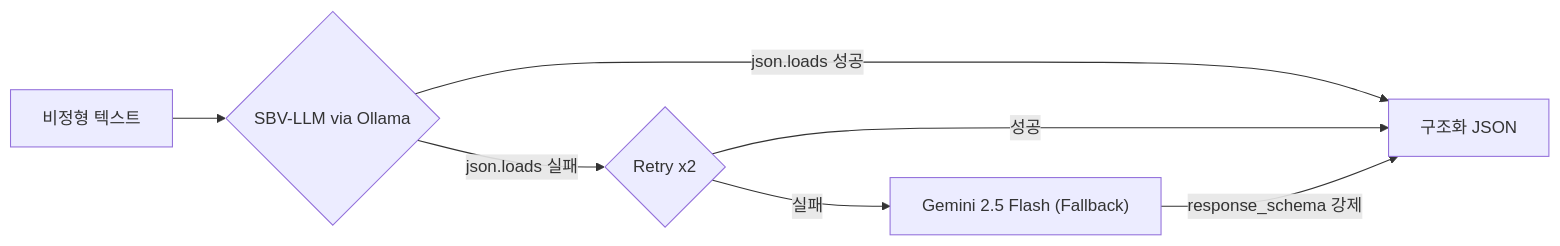
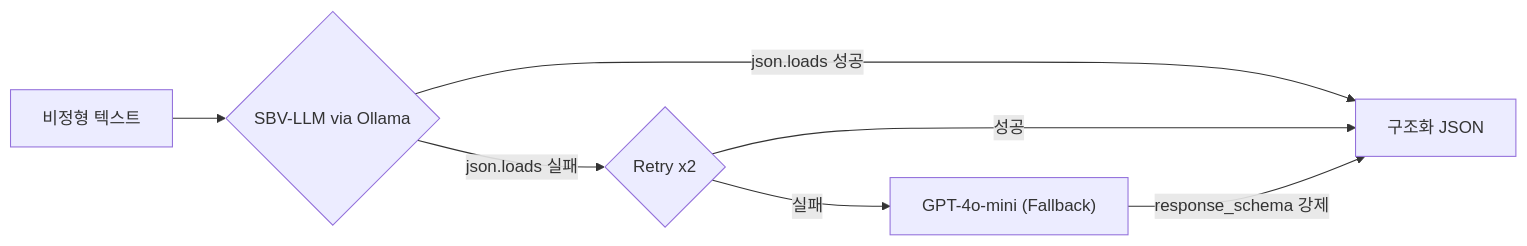
Before and after one commit to vasyapupkinski/SBeeV-LLM-JSON-Extractor: the second of 2 diagrams in docs/flow.md, drawn with Mermaid. The commit also changed other lines of this file and 4 other files, not shown here.

Commit message:
docs: correct teacher model and baseline references from Gemini to GPT-4o-mini

````diff
--- a/docs/flow.md
+++ b/docs/flow.md
@@ -47,9 +47,9 @@
 ```mermaid
 flowchart LR
     A[비정형 텍스트] --> B{SBV-LLM via Ollama}
     B -->|json.loads 성공| C[구조화 JSON]
     B -->|json.loads 실패| D{Retry x2}
     D -->|성공| C
-    D -->|실패| E["Gemini 2.5 Flash (Fallback)"]
+    D -->|실패| E["GPT-4o-mini (Fallback)"]
     E -->|response_schema 강제| C
 ```
````
